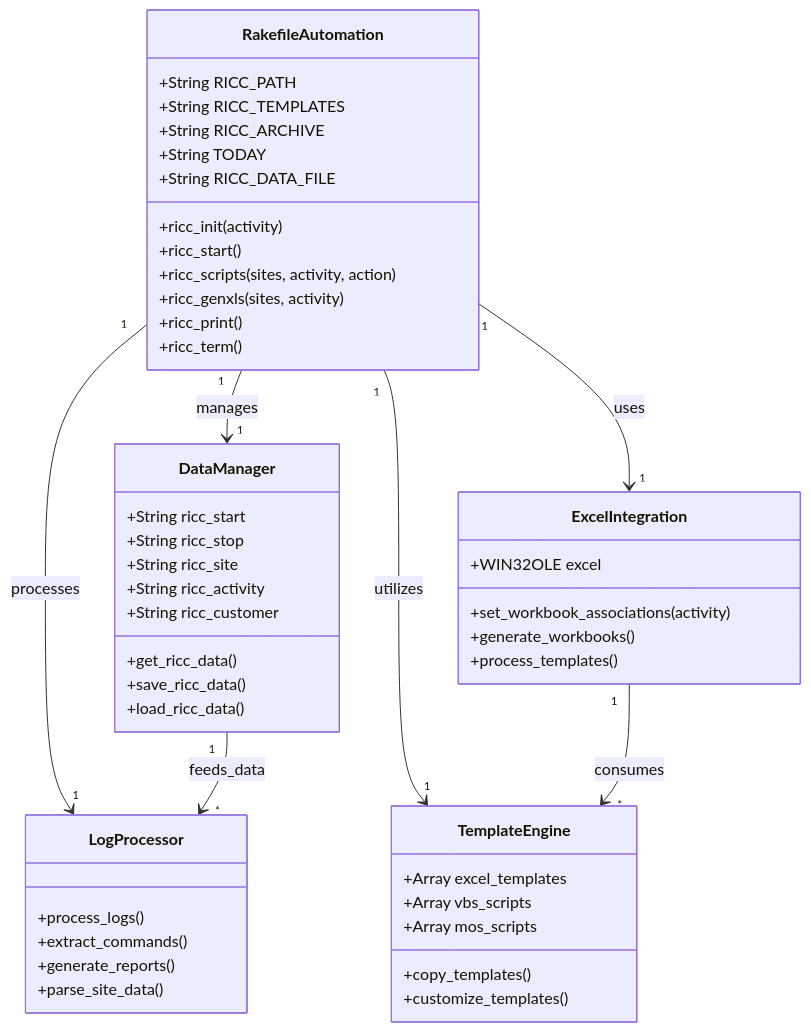
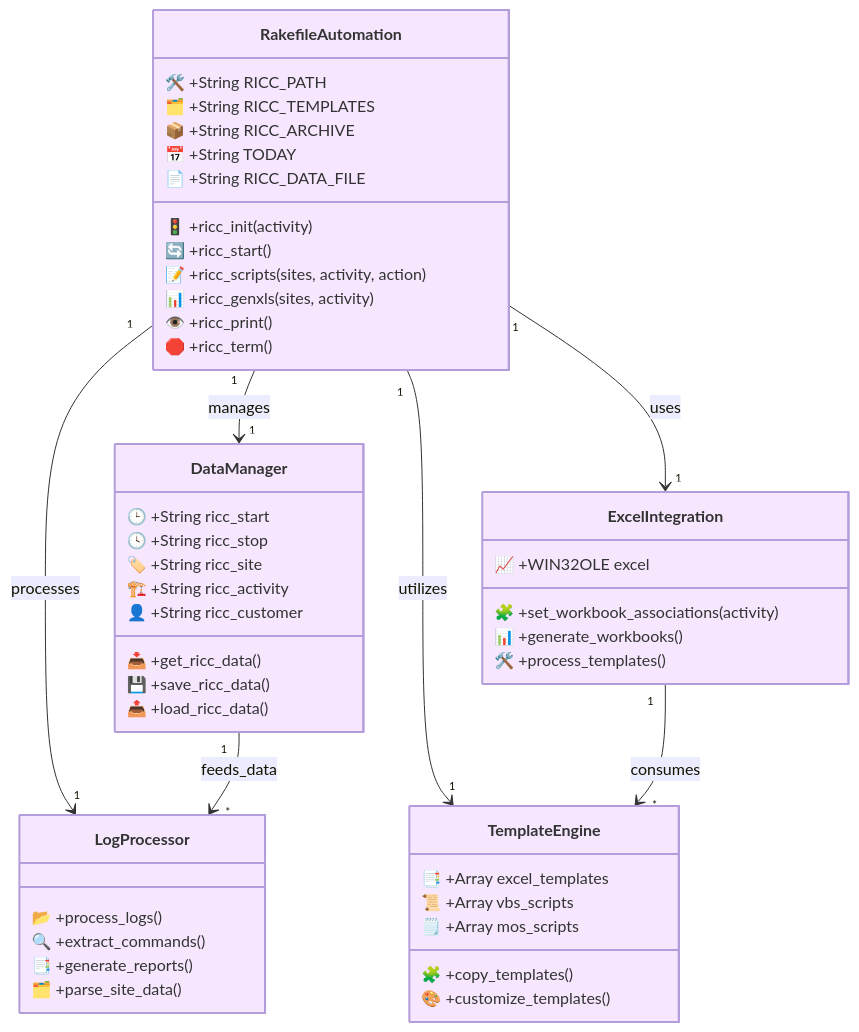
The second of 4 diagrams in README.md (enogrob/project-automation-mop), drawn with Mermaid before and after one commit. The commit also changed other lines of this file, not shown here.

````diff
--- a/README.md
+++ b/README.md
@@ -109,56 +118,59 @@
 ```mermaid
+%%{init: { 'themeVariables': { 'primaryColor': '#f6e7ff', 'edgeLabelBackground':'#fff', 'fontSize': '16px', 'fontFamily': 'Inter, Arial', 'nodeTextColor': '#333', 'secondaryColor': '#e0f7fa', 'tertiaryColor': '#ffe0e0', 'background': '#f9f9fb' } } }%%
 classDiagram
     class RakefileAutomation {
-        +String RICC_PATH
-        +String RICC_TEMPLATES
-        +String RICC_ARCHIVE
-        +String TODAY
-        +String RICC_DATA_FILE
-        +ricc_init(activity)
-        +ricc_start()
-        +ricc_scripts(sites, activity, action)
-        +ricc_genxls(sites, activity)
-        +ricc_print()
-        +ricc_term()
+        🛠️ +String RICC_PATH
+        🗂️ +String RICC_TEMPLATES
+        📦 +String RICC_ARCHIVE
+        📅 +String TODAY
+        📄 +String RICC_DATA_FILE
+        🚦 +ricc_init(activity)
+        🔄 +ricc_start()
+        📝 +ricc_scripts(sites, activity, action)
+        📊 +ricc_genxls(sites, activity)
+        👁️ +ricc_print()
+        🛑 +ricc_term()
     }
     
     class DataManager {
-        +String ricc_start
-        +String ricc_stop
-        +String ricc_site
-        +String ricc_activity
-        +String ricc_customer
-        +get_ricc_data()
-        +save_ricc_data()
-        +load_ricc_data()
+        🕒 +String ricc_start
+        🕓 +String ricc_stop
+        🏷️ +String ricc_site
+        🏗️ +String ricc_activity
+        👤 +String ricc_customer
+        📥 +get_ricc_data()
+        💾 +save_ricc_data()
+        📤 +load_ricc_data()
     }
     
     class ExcelIntegration {
-        +WIN32OLE excel
-        +set_workbook_associations(activity)
-        +generate_workbooks()
-        +process_templates()
+        📈 +WIN32OLE excel
+        🧩 +set_workbook_associations(activity)
+        📊 +generate_workbooks()
+        🛠️ +process_templates()
     }
     
     class LogProcessor {
-        +process_logs()
-        +extract_commands()
-        +generate_reports()
-        +parse_site_data()
+        📂 +process_logs()
+        🔍 +extract_commands()
+        📑 +generate_reports()
+        🗂️ +parse_site_data()
     }
     
     class TemplateEngine {
-        +Array excel_templates
-        +Array vbs_scripts
-        +Array mos_scripts
-        +copy_templates()
-        +customize_templates()
+        📑 +Array excel_templates
+        📜 +Array vbs_scripts
+        🗒️ +Array mos_scripts
+        🧩 +copy_templates()
+        🎨 +customize_templates()
     }
     
     RakefileAutomation "1" --> "1" DataManager : manages
     RakefileAutomation "1" --> "1" ExcelIntegration : uses
     RakefileAutomation "1" --> "1" LogProcessor : processes
     RakefileAutomation "1" --> "1" TemplateEngine : utilizes
     DataManager "1" --> "*" LogProcessor : feeds_data
     ExcelIntegration "1" --> "*" TemplateEngine : consumes
+    
+    classDef default fill:#f6e7ff,stroke:#b39ddb,stroke-width:2px,color:#333,rx:12px,ry:12px;
 ```
````
